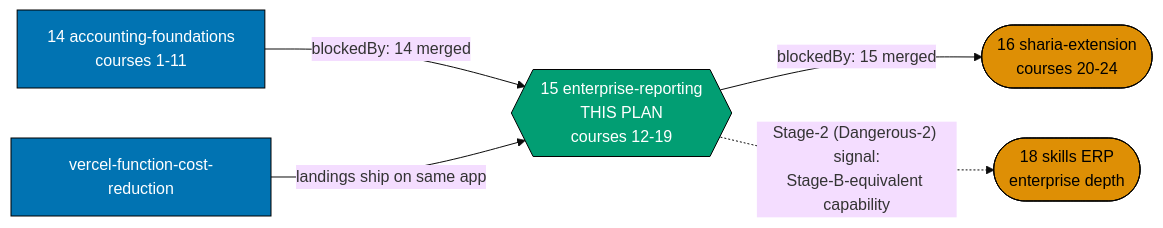
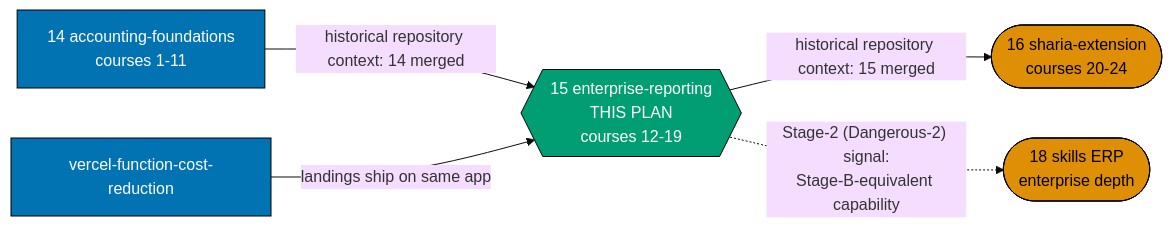
Before and after one commit to wahidyankf/open-sharia-fintech: the first of 2 diagrams in plans/backlog/ayokoding-learning-path-15-skills-accounting-enterprise-reporting/README.md, drawn with Mermaid (base theme). The commit also changed other lines of this file and 70 other files, not shown here.

````diff
--- a/plans/backlog/ayokoding-learning-path-15-skills-accounting-enterprise-reporting/README.md
+++ b/plans/backlog/ayokoding-learning-path-15-skills-accounting-enterprise-reporting/README.md
@@ -123,18 +123,18 @@
 ```mermaid
 %% Dependency position of plan 15 in the three-plan accounting-split chain.
 flowchart LR
     P14["14 accounting-foundations<br/>courses 1-11"]:::up
     PV["vercel-function-cost-reduction"]:::up
     P15{{"15 enterprise-reporting<br/>THIS PLAN<br/>courses 12-19"}}:::mine
     P16(["16 sharia-extension<br/>courses 20-24"]):::down
     P18(["18 skills ERP<br/>enterprise depth"]):::down
 
-    P14 -->|"blockedBy: 14 merged"| P15
+    P14 -->|"historical repository context: 14 merged"| P15
     PV -->|"landings ship on same app"| P15
-    P15 -->|"blockedBy: 15 merged"| P16
+    P15 -->|"historical repository context: 15 merged"| P16
     P15 -.->|"Stage-2 (Dangerous-2) signal:<br/>Stage-B-equivalent capability"| P18
 
     classDef up fill:#0173B2,stroke:#000000,color:#FFFFFF
     classDef mine fill:#029E73,stroke:#000000,color:#FFFFFF
     classDef down fill:#DE8F05,stroke:#000000,color:#000000
 ```
````
